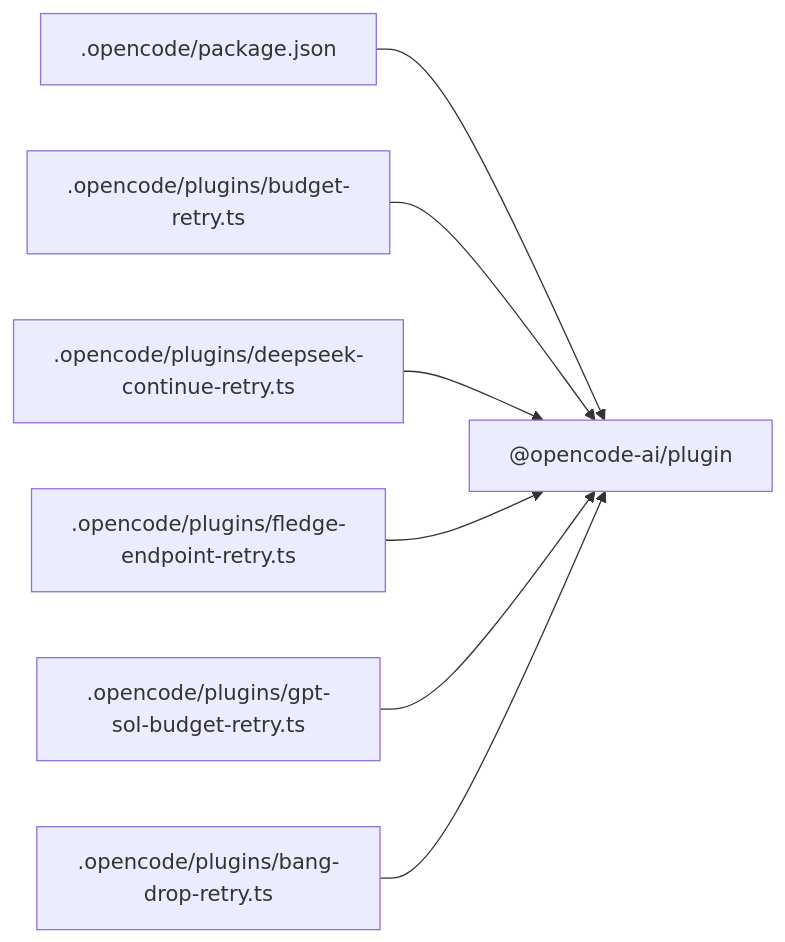
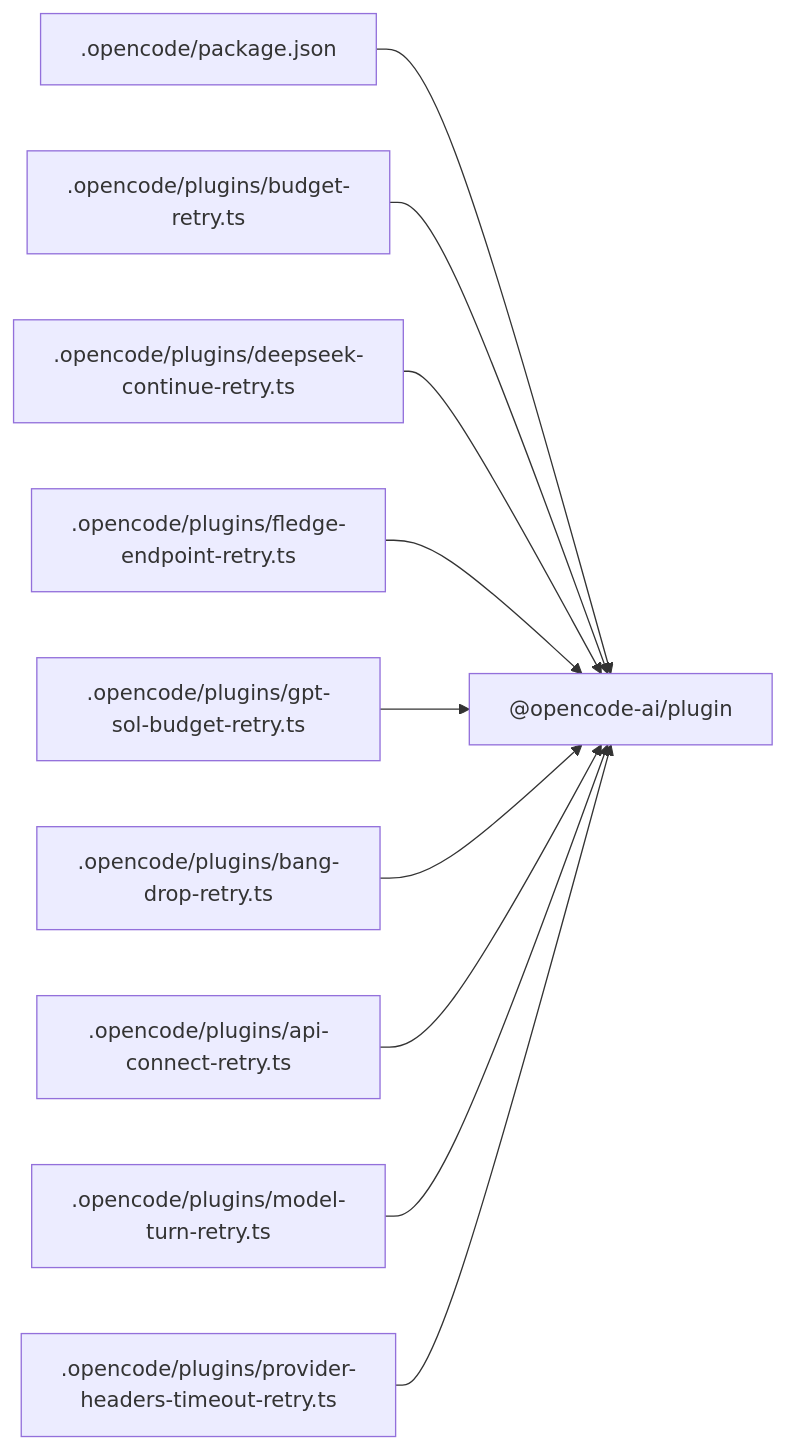
Diagram 12 of 12 in .qoder/repowiki/en/content/Architecture Overview/OpenCode Plugin Ecosystem.md (delirium-dj/modelcomp), drawn with Mermaid before and after one commit. The commit also changed other lines of this file and 132 other files, not shown here.

````diff
--- a/.qoder/repowiki/en/content/Architecture Overview/OpenCode Plugin Ecosystem.md
+++ b/.qoder/repowiki/en/content/Architecture Overview/OpenCode Plugin Ecosystem.md
@@ -426,16 +616,22 @@
 ```mermaid
 graph LR
 PackageJSON[".opencode/package.json"]
 PluginPackage["@opencode-ai/plugin"]
 Budget[".opencode/plugins/budget-retry.ts"]
 Deepseek[".opencode/plugins/deepseek-continue-retry.ts"]
 Fledge[".opencode/plugins/fledge-endpoint-retry.ts"]
 GptSol[".opencode/plugins/gpt-sol-budget-retry.ts"]
 BangDrop[".opencode/plugins/bang-drop-retry.ts"]
+ApiConnect[".opencode/plugins/api-connect-retry.ts"]
+ModelTurn[".opencode/plugins/model-turn-retry.ts"]
+ProviderHeaders[".opencode/plugins/provider-headers-timeout-retry.ts"]
 PackageJSON --> PluginPackage
 Budget --> PluginPackage
 Deepseek --> PluginPackage
 Fledge --> PluginPackage
 GptSol --> PluginPackage
 BangDrop --> PluginPackage
+ApiConnect --> PluginPackage
+ModelTurn --> PluginPackage
+ProviderHeaders --> PluginPackage
 ```
````
